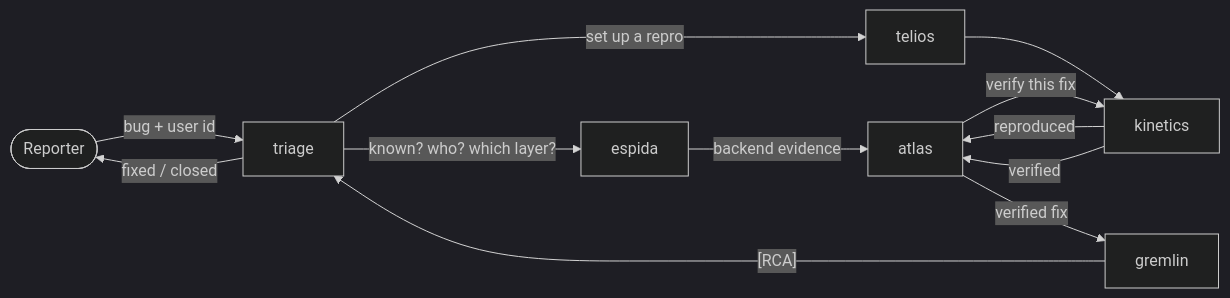
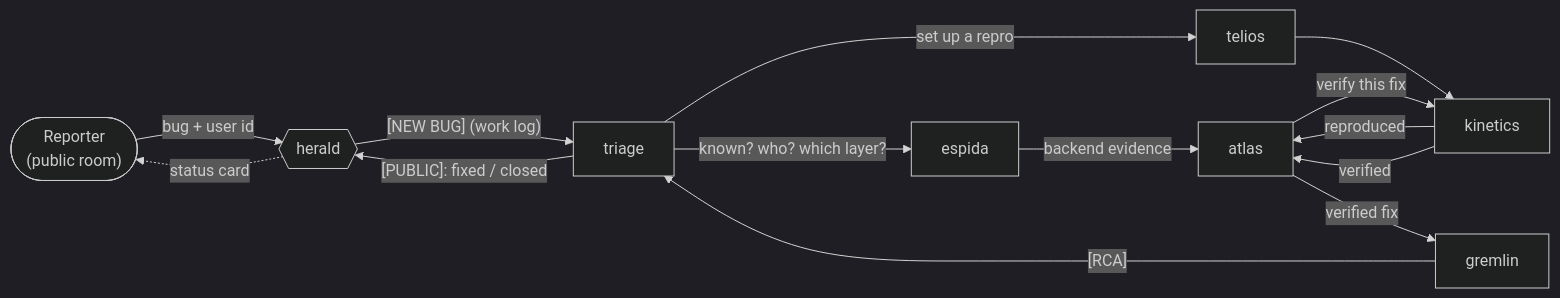
One commit to Pranav108/tracesquad changed the first of 2 diagrams in SWITCH.md. Above: the diagram before and after it, drawn with Mermaid (dark theme). The commit also changed other lines of this file and 19 other files, not shown here.

````diff
--- a/SWITCH.md
+++ b/SWITCH.md
@@ -27,13 +31,15 @@
 ```mermaid
 flowchart LR
-    reporter(["Reporter"]) -- "bug + user id" --> triage
+    reporter(["Reporter<br/>(public room)"]) -- "bug + user id" --> herald{{"herald"}}
+    herald -- "[NEW BUG] (work log)" --> triage
+    herald -. "status card" .-> reporter
     triage -- "known? who? which layer?" --> espida
     triage -- "set up a repro" --> telios --> kinetics
     kinetics -- "reproduced" --> atlas
     espida -- "backend evidence" --> atlas
     atlas -- "verify this fix" --> kinetics
     kinetics -- "verified" --> atlas
     atlas -- "verified fix" --> gremlin
     gremlin -- "[RCA]" --> triage
-    triage -- "fixed / closed" --> reporter
+    triage -- "[PUBLIC]: fixed / closed" --> herald
 ```
````
